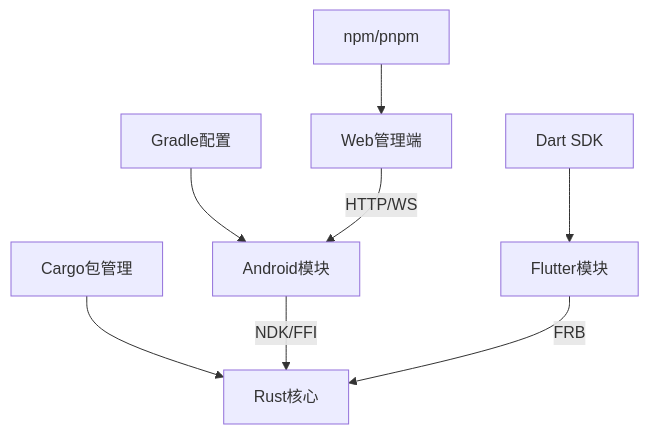
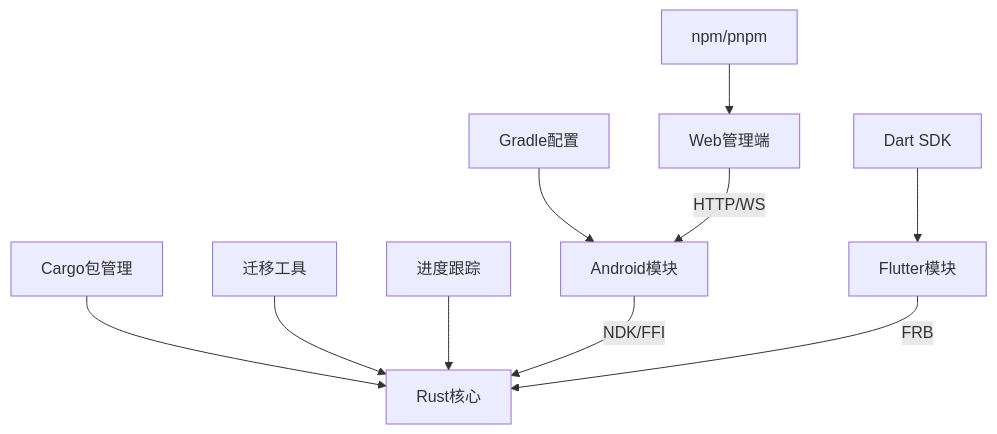
Before and after one commit to ZhangGHGitHub/LegadoTeamFlutter: the seventh of 9 diagrams in .qoder/repowiki/zh/content/开发指南/开发指南.md, drawn with Mermaid. The commit also changed other lines of this file and 58 other files, not shown here.

````diff
--- a/.qoder/repowiki/zh/content/开发指南/开发指南.md
+++ b/.qoder/repowiki/zh/content/开发指南/开发指南.md
@@ -262,10 +305,12 @@
 ```mermaid
 graph TB
 Gradle["Gradle配置"] --> Android["Android模块"]
 DartSDK["Dart SDK"] --> Flutter["Flutter模块"]
 Cargo["Cargo包管理"] --> Rust["Rust核心"]
 NPM["npm/pnpm"] --> Web["Web管理端"]
+MigrationTools["迁移工具"] --> Rust
+ProgressTracker["进度跟踪"] --> Rust
 Android --> |NDK/FFI| Rust
 Flutter --> |FRB| Rust
 Web --> |HTTP/WS| Android
 ```
````
